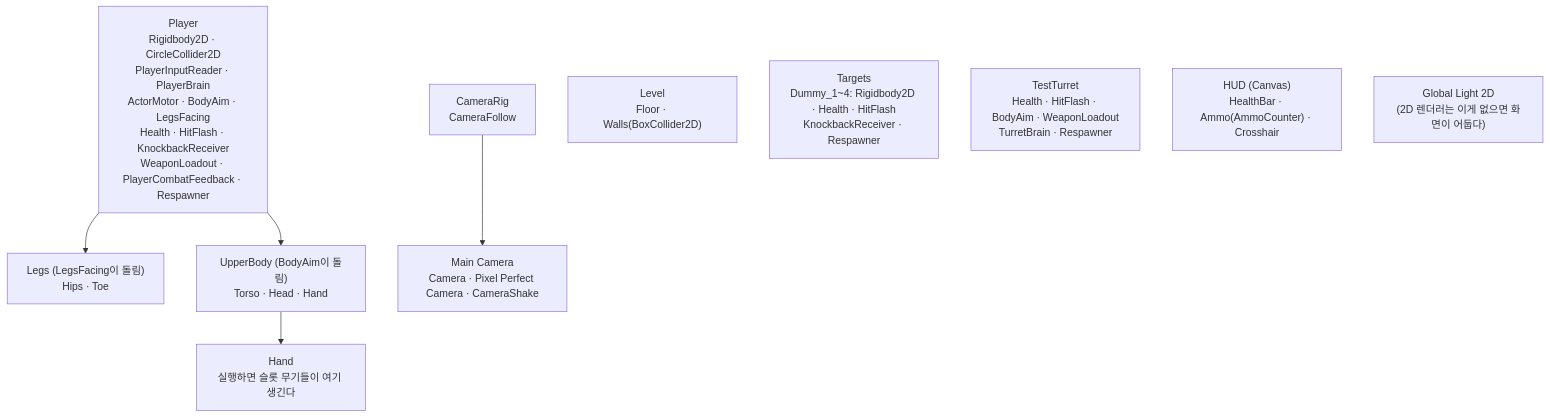
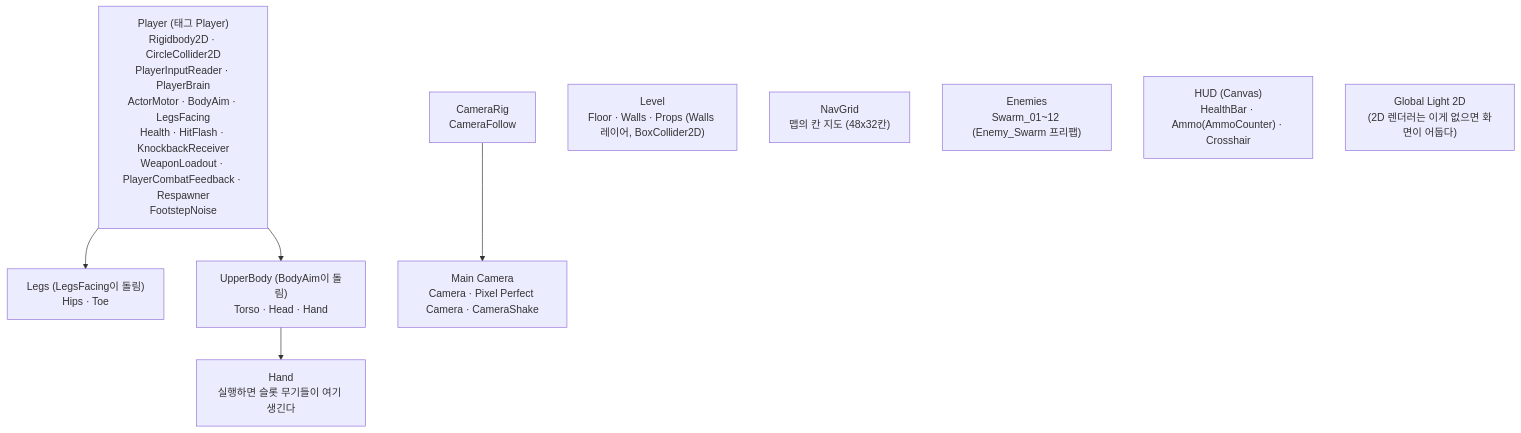
Before and after one commit to odyo0/project_dust_scrapper: the fifth of 5 diagrams in docs/코드-구조.md, drawn with Mermaid. The commit also changed other lines of this file and 42 other files, not shown here.

````diff
--- a/docs/코드-구조.md
+++ b/docs/코드-구조.md
@@ -243,13 +303,13 @@
 ```mermaid
 flowchart TD
-    Player["Player<br/>Rigidbody2D · CircleCollider2D<br/>PlayerInputReader · PlayerBrain<br/>ActorMotor · BodyAim · LegsFacing<br/>Health · HitFlash · KnockbackReceiver<br/>WeaponLoadout · PlayerCombatFeedback · Respawner"]
+    Player["Player (태그 Player)<br/>Rigidbody2D · CircleCollider2D<br/>PlayerInputReader · PlayerBrain<br/>ActorMotor · BodyAim · LegsFacing<br/>Health · HitFlash · KnockbackReceiver<br/>WeaponLoadout · PlayerCombatFeedback · Respawner<br/>FootstepNoise"]
     Player --> Legs["Legs (LegsFacing이 돌림)<br/>Hips · Toe"]
     Player --> Upper["UpperBody (BodyAim이 돌림)<br/>Torso · Head · Hand"]
     Upper --> Hand["Hand<br/>실행하면 슬롯 무기들이 여기 생긴다"]
     Rig["CameraRig<br/>CameraFollow"] --> Cam["Main Camera<br/>Camera · Pixel Perfect Camera · CameraShake"]
-    Level["Level<br/>Floor · Walls(BoxCollider2D)"]
-    Targets["Targets<br/>Dummy_1~4: Rigidbody2D · Health · HitFlash<br/>KnockbackReceiver · Respawner"]
-    Turret["TestTurret<br/>Health · HitFlash · BodyAim · WeaponLoadout<br/>TurretBrain · Respawner"]
+    Level["Level<br/>Floor · Walls · Props (Walls 레이어, BoxCollider2D)"]
+    Nav["NavGrid<br/>맵의 칸 지도 (48x32칸)"]
+    Enemies["Enemies<br/>Swarm_01~12 (Enemy_Swarm 프리팹)"]
     HUD["HUD (Canvas)<br/>HealthBar · Ammo(AmmoCounter) · Crosshair"]
     Light["Global Light 2D<br/>(2D 렌더러는 이게 없으면 화면이 어둡다)"]
 ```
````
